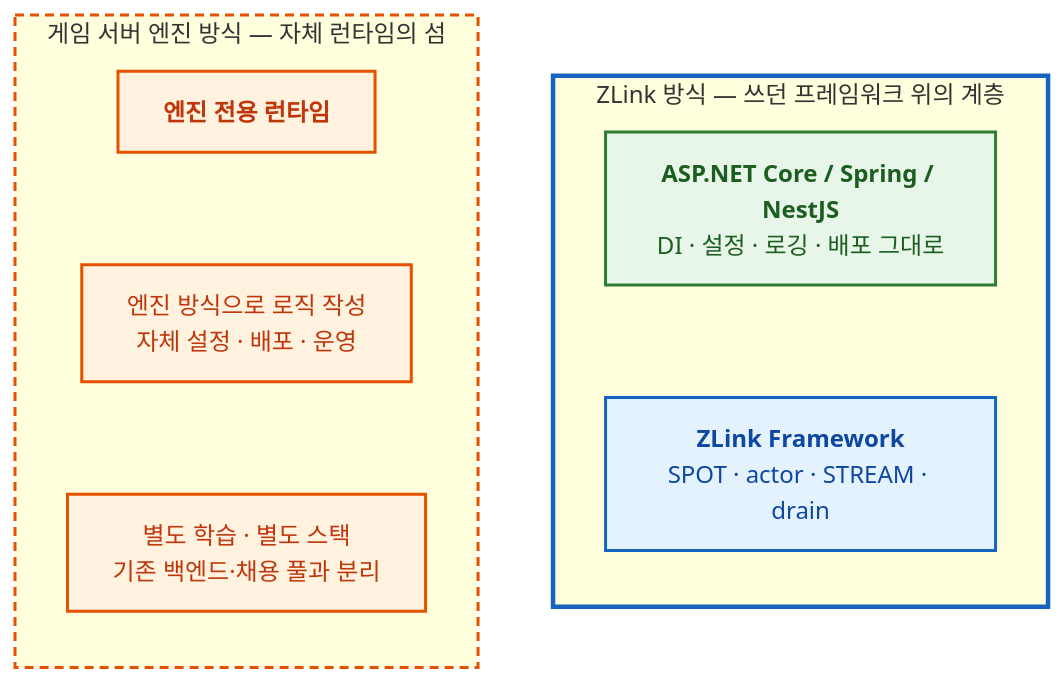
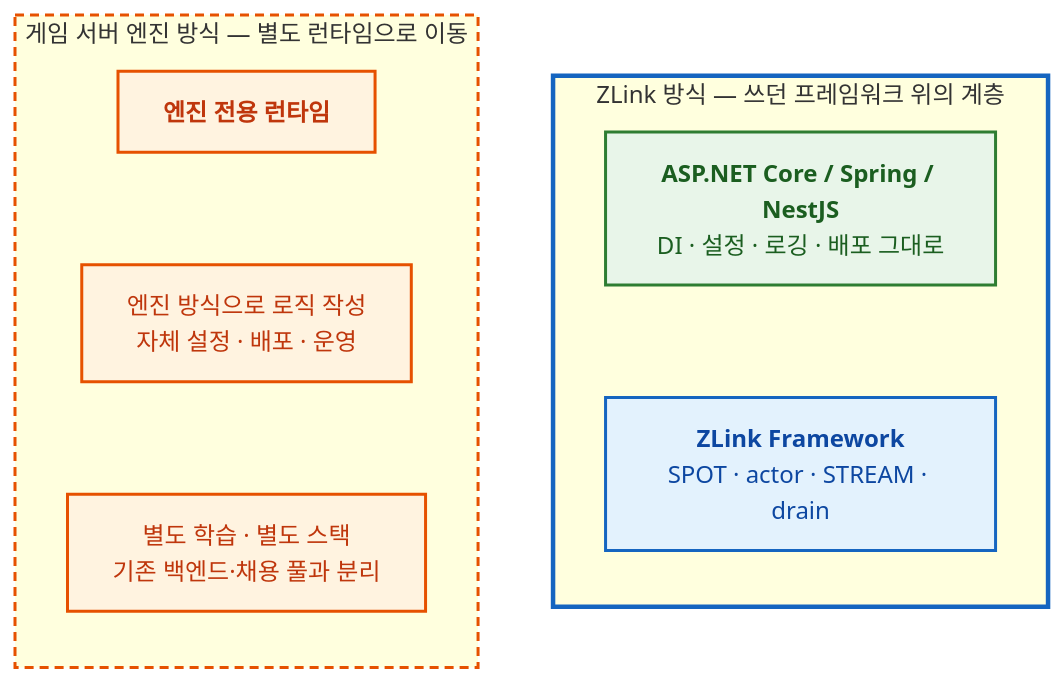
Before and after one commit to kairos-code-dev/zlink: the third of 11 diagrams in framework/doc/framework/dotnet/guide/01-overview.ko.md, drawn with Mermaid. The commit also changed other lines of this file, not shown here.

First line of the commit message:
docs(dotnet-guide): update overview with real API/samples and add ZLink-topology diagrams

````diff
--- a/framework/doc/framework/dotnet/guide/01-overview.ko.md
+++ b/framework/doc/framework/dotnet/guide/01-overview.ko.md
@@ -167,26 +215,26 @@
 ```mermaid
 %%{init: {'themeVariables': {'edgeLabelBackground':'transparent'}}}%%
 flowchart LR
-  subgraph engine["게임 서버 엔진 방식 — 자체 런타임의 섬"]
+  subgraph engine["게임 서버 엔진 방식 — 별도 런타임으로 이동"]
     direction TB
     E1["<b>엔진 전용 런타임</b>"]
     E2["엔진 방식으로 로직 작성<br/>자체 설정 · 배포 · 운영"]
     E3["별도 학습 · 별도 스택<br/>기존 백엔드·채용 풀과 분리"]
     E1 ~~~ E2 ~~~ E3
   end
   subgraph zl["ZLink 방식 — 쓰던 프레임워크 위의 계층"]
     direction TB
     Z1["<b>ASP.NET Core / Spring / NestJS</b><br/>DI · 설정 · 로깅 · 배포 그대로"]
     Z2["<b>ZLink Framework</b><br/>SPOT · actor · STREAM · drain"]
     Z1 ~~~ Z2
   end
   engine ~~~ zl
   classDef island fill:#fff3e0,stroke:#e65100,stroke-width:2px,color:#bf360c;
   classDef keep fill:#e8f5e9,stroke:#2e7d32,stroke-width:2px,color:#1b5e20;
   classDef layer fill:#e3f2fd,stroke:#1565c0,stroke-width:2px,color:#0d47a1;
   class E1,E2,E3 island;
   class Z1 keep;
   class Z2 layer;
   style engine stroke:#e65100,stroke-width:2px,stroke-dasharray:6 4
   style zl stroke:#1565c0,stroke-width:3px
 ```
````
